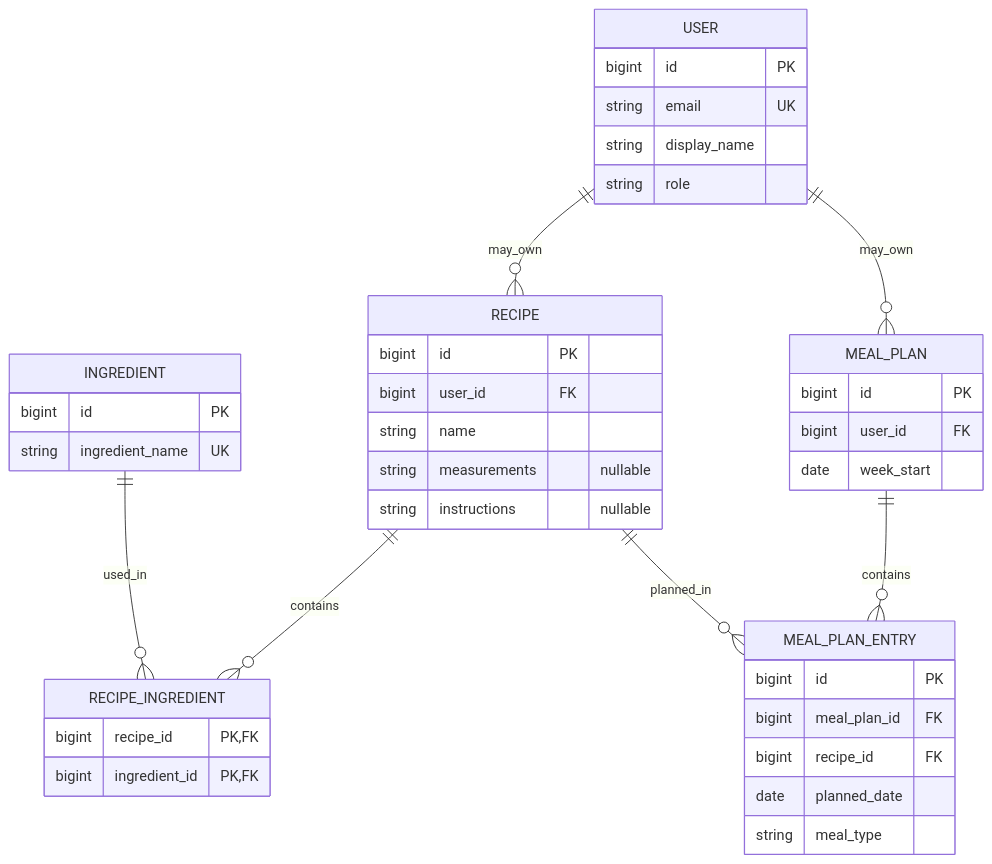
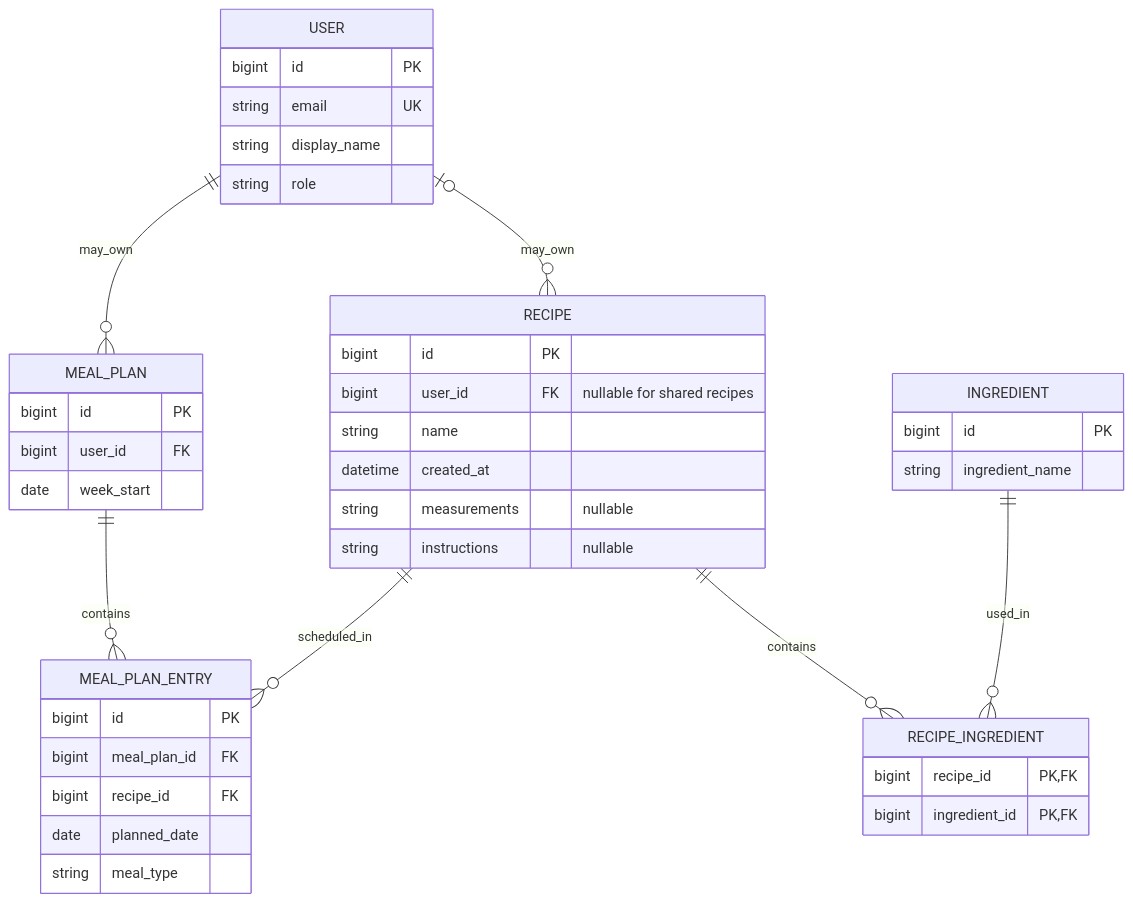
One commit to Solian21/CST438_P2_API changed the diagram in docs/proposal.md. Above: the diagram before and after it, drawn with Mermaid.

Commit message:
Updated the ER sketch to match closer to our yaml doc

````diff
--- a/docs/proposal.md
+++ b/docs/proposal.md
@@ -19,48 +19,51 @@
 ```mermaid
 erDiagram
-    USER ||--o{ RECIPE : may_own
     USER ||--o{ MEAL_PLAN : may_own
+    USER o|--o{ RECIPE : may_own
+
     RECIPE ||--o{ RECIPE_INGREDIENT : contains
     INGREDIENT ||--o{ RECIPE_INGREDIENT : used_in
+
     MEAL_PLAN ||--o{ MEAL_PLAN_ENTRY : contains
-    RECIPE ||--o{ MEAL_PLAN_ENTRY : planned_in
+    RECIPE ||--o{ MEAL_PLAN_ENTRY : scheduled_in
 
     USER {
         bigint id PK
         string email UK
         string display_name
         string role
     }
 
     RECIPE {
         bigint id PK
-        bigint user_id FK
+        bigint user_id FK "nullable for shared recipes"
         string name
+        datetime created_at
         string measurements "nullable"
         string instructions "nullable"
     }
 
     INGREDIENT {
         bigint id PK
-        string ingredient_name UK
+        string ingredient_name
     }
 
     RECIPE_INGREDIENT {
         bigint recipe_id PK, FK
         bigint ingredient_id PK, FK
     }
 
     MEAL_PLAN {
         bigint id PK
         bigint user_id FK
         date week_start
     }
 
     MEAL_PLAN_ENTRY {
         bigint id PK
         bigint meal_plan_id FK
         bigint recipe_id FK
         date planned_date
         string meal_type
     }
 ```
````
